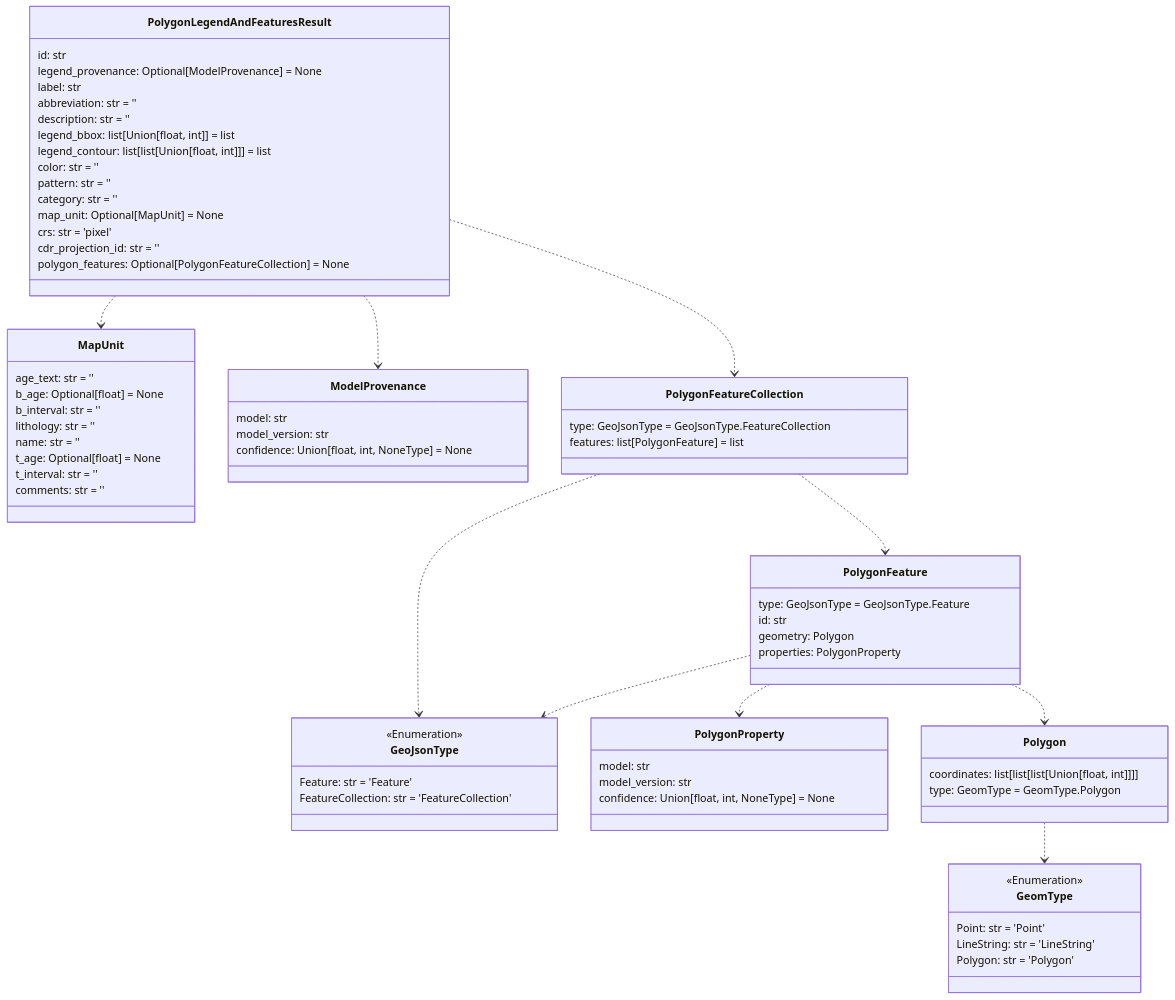
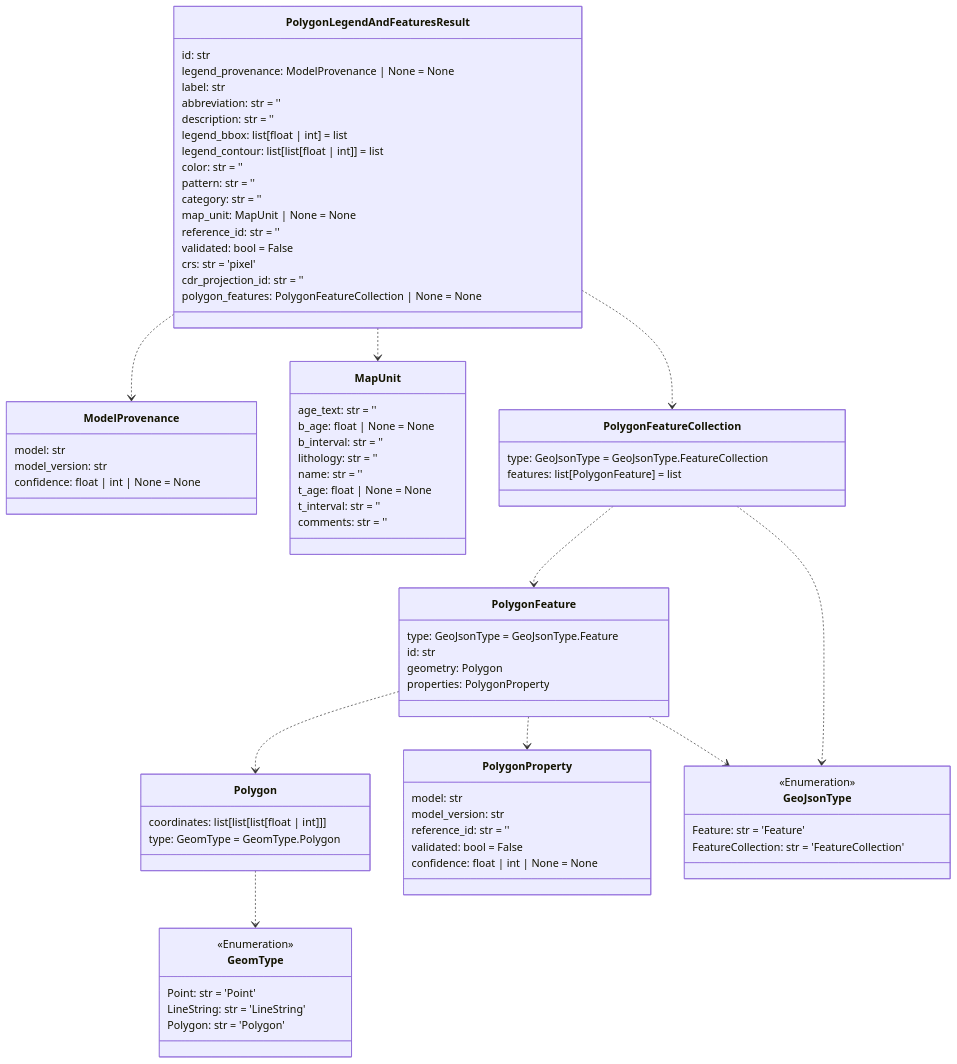
One commit to DARPA-CRITICALMAAS/cdr_schemas changed the seventh of 14 diagrams in README.md. Above: the diagram before and after it, drawn with Mermaid. The commit also changed other lines of this file and 3 other files, not shown here.

First line of the commit message:
TA3 Schema Integration and Metadata Parsing (#36)

````diff
--- a/README.md
+++ b/README.md
@@ -520,38 +543,16 @@
 ```mermaid
 classDiagram
 
-    class MapUnit {
-        age_text: str = ''
-        b_age: Optional[float] = None
-        b_interval: str = ''
-        lithology: str = ''
-        name: str = ''
-        t_age: Optional[float] = None
-        t_interval: str = ''
-        comments: str = ''
+    class PolygonFeature {
+        type: GeoJsonType = GeoJsonType.Feature
+        id: str
+        geometry: Polygon
+        properties: PolygonProperty
     }
 
-    class PolygonLegendAndFeaturesResult {
-        id: str
-        legend_provenance: Optional[ModelProvenance] = None
-        label: str
-        abbreviation: str = ''
-        description: str = ''
-        legend_bbox: list[Union[float, int]] = list
-        legend_contour: list[list[Union[float, int]]] = list
-        color: str = ''
-        pattern: str = ''
-        category: str = ''
-        map_unit: Optional[MapUnit] = None
-        crs: str = 'pixel'
-        cdr_projection_id: str = ''
-        polygon_features: Optional[PolygonFeatureCollection] = None
-    }
-
-    class GeoJsonType {
-        <<Enumeration>>
-        Feature: str = 'Feature'
-        FeatureCollection: str = 'FeatureCollection'
+    class Polygon {
+        coordinates: list[list[list[float | int]]]
+        type: GeomType = GeomType.Polygon
     }
 
     class GeomType {
@@ -561,21 +562,54 @@
         Polygon: str = 'Polygon'
     }
 
+    class PolygonProperty {
+        model: str
+        model_version: str
+        reference_id: str = ''
+        validated: bool = False
+        confidence: float | int | None = None
+    }
+
+    class GeoJsonType {
+        <<Enumeration>>
+        Feature: str = 'Feature'
+        FeatureCollection: str = 'FeatureCollection'
+    }
+
+    class PolygonLegendAndFeaturesResult {
+        id: str
+        legend_provenance: ModelProvenance | None = None
+        label: str
+        abbreviation: str = ''
+        description: str = ''
+        legend_bbox: list[float | int] = list
+        legend_contour: list[list[float | int]] = list
+        color: str = ''
+        pattern: str = ''
+        category: str = ''
+        map_unit: MapUnit | None = None
+        reference_id: str = ''
+        validated: bool = False
+        crs: str = 'pixel'
+        cdr_projection_id: str = ''
+        polygon_features: PolygonFeatureCollection | None = None
+    }
+
     class ModelProvenance {
         model: str
         model_version: str
-        confidence: Union[float, int, NoneType] = None
+        confidence: float | int | None = None
     }
 
-    class PolygonProperty {
-        model: str
-        model_version: str
-        confidence: Union[float, int, NoneType] = None
-    }
-
-    class Polygon {
-        coordinates: list[list[list[Union[float, int]]]]
-        type: GeomType = GeomType.Polygon
+    class MapUnit {
+        age_text: str = ''
+        b_age: float | None = None
+        b_interval: str = ''
+        lithology: str = ''
+        name: str = ''
+        t_age: float | None = None
+        t_interval: str = ''
+        comments: str = ''
     }
 
     class PolygonFeatureCollection {
@@ -583,22 +617,15 @@
         features: list[PolygonFeature] = list
     }
 
-    class PolygonFeature {
-        type: GeoJsonType = GeoJsonType.Feature
-        id: str
-        geometry: Polygon
-        properties: PolygonProperty
-    }
-
     Polygon ..> GeomType
     PolygonFeature ..> Polygon
+    PolygonFeature ..> PolygonProperty
     PolygonFeature ..> GeoJsonType
-    PolygonFeature ..> PolygonProperty
+    PolygonFeatureCollection ..> PolygonFeature
     PolygonFeatureCollection ..> GeoJsonType
-    PolygonFeatureCollection ..> PolygonFeature
+    PolygonLegendAndFeaturesResult ..> ModelProvenance
+    PolygonLegendAndFeaturesResult ..> MapUnit
     PolygonLegendAndFeaturesResult ..> PolygonFeatureCollection
-    PolygonLegendAndFeaturesResult ..> MapUnit
-    PolygonLegendAndFeaturesResult ..> ModelProvenance
 
 
 ```
````
